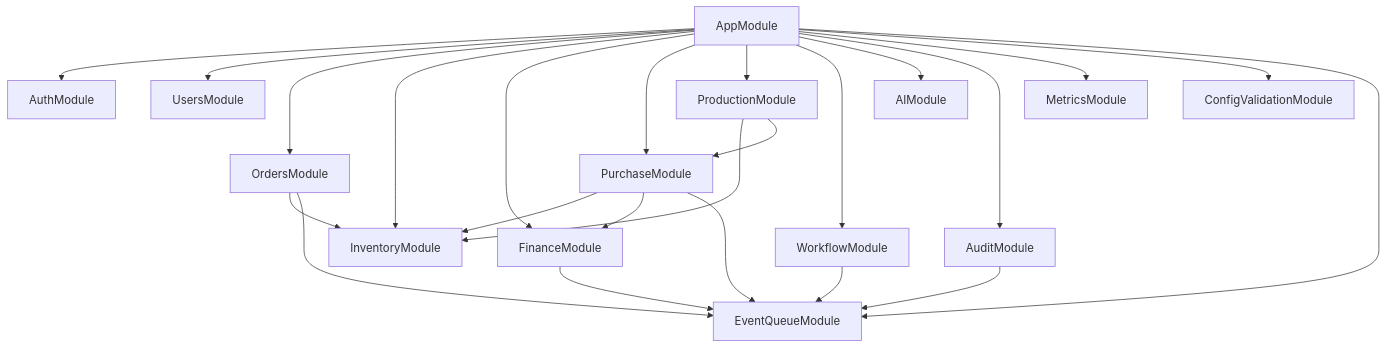
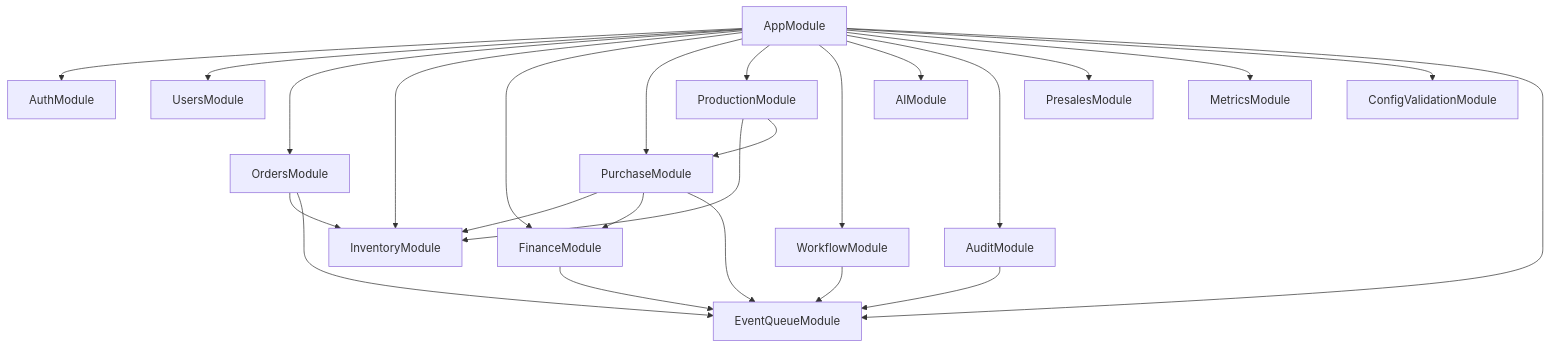
Before and after one commit to cb8010d6/OneERP: the diagram in docs/PROJECT_GRAPH.md, drawn with Mermaid. The commit also changed other lines of this file and 3 other files, not shown here.

````diff
--- a/docs/PROJECT_GRAPH.md
+++ b/docs/PROJECT_GRAPH.md
@@ -31,27 +31,28 @@
 ```mermaid
 flowchart TD
   AppModule --> AuthModule
   AppModule --> UsersModule
   AppModule --> OrdersModule
   AppModule --> InventoryModule
   AppModule --> FinanceModule
   AppModule --> PurchaseModule
   AppModule --> ProductionModule
   AppModule --> WorkflowModule
   AppModule --> AIModule
   AppModule --> AuditModule
+  AppModule --> PresalesModule
   AppModule --> MetricsModule
   AppModule --> ConfigValidationModule
   AppModule --> EventQueueModule
 
   OrdersModule --> InventoryModule
   OrdersModule --> EventQueueModule
   PurchaseModule --> InventoryModule
   PurchaseModule --> FinanceModule
   PurchaseModule --> EventQueueModule
   ProductionModule --> InventoryModule
   ProductionModule --> PurchaseModule
   FinanceModule --> EventQueueModule
   AuditModule --> EventQueueModule
   WorkflowModule --> EventQueueModule
 ```
````
